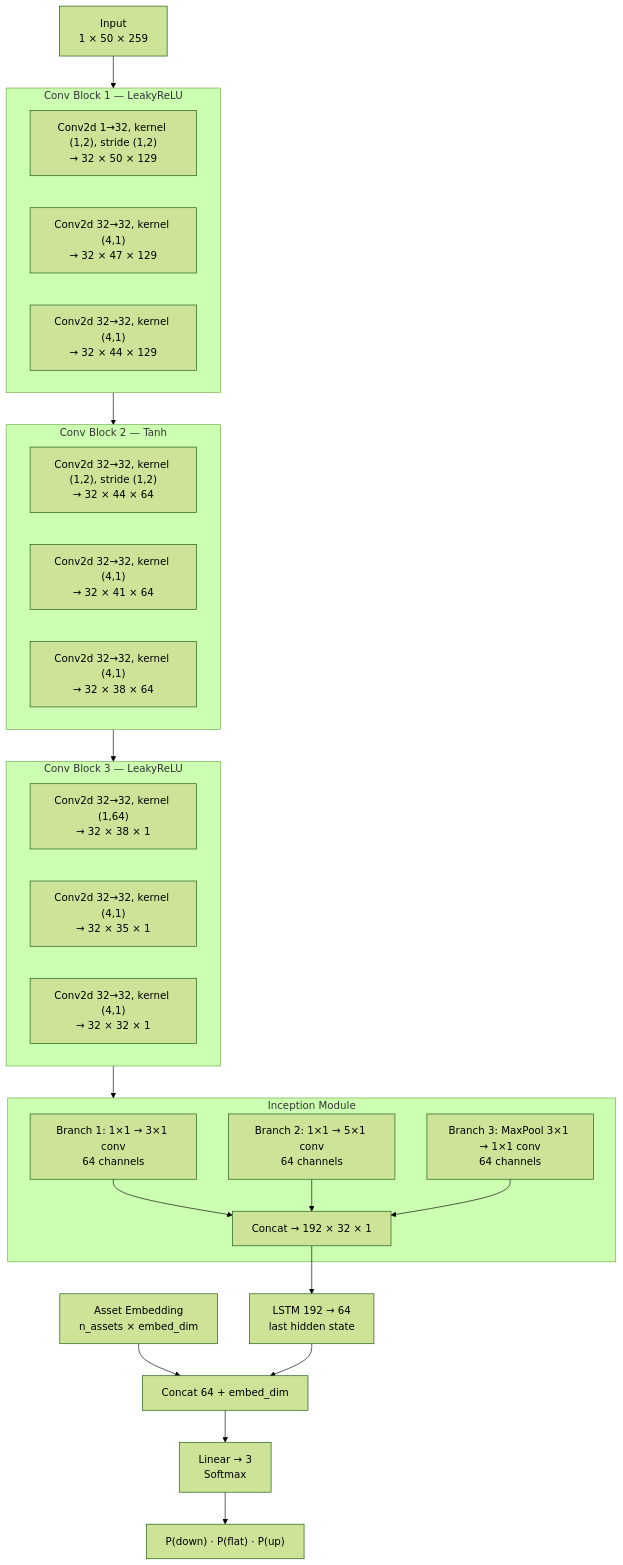
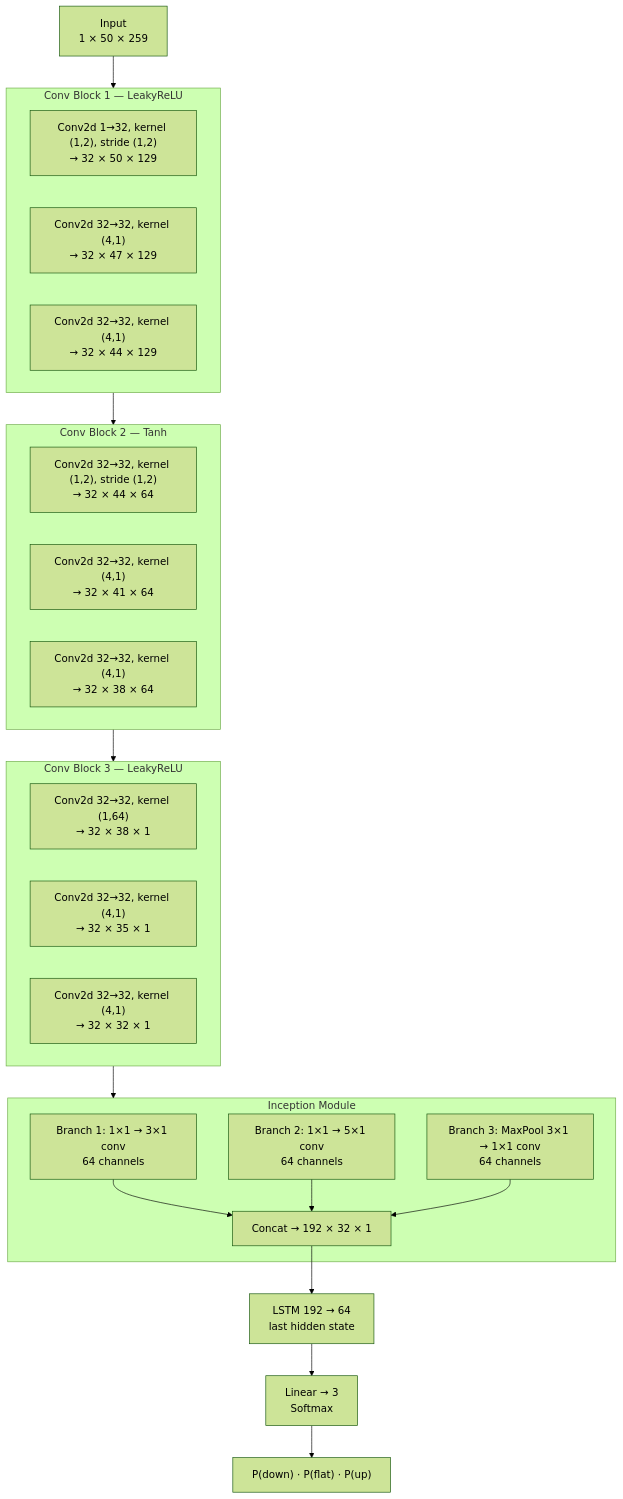
Before and after one commit to ArshiAbolghasemi/Shifu: the third of 6 diagrams in README.md, drawn with Mermaid (forest theme). The commit also changed other lines of this file, not shown here.

Commit message:
updating README file

````diff
--- a/README.md
+++ b/README.md
@@ -142,42 +142,38 @@
 ```mermaid
 flowchart TD
     IN["Input\n1 × 50 × 259"]
 
     subgraph CB1["Conv Block 1 — LeakyReLU"]
         C1A["Conv2d 1→32, kernel (1,2), stride (1,2)\n→ 32 × 50 × 129"]
         C1B["Conv2d 32→32, kernel (4,1)\n→ 32 × 47 × 129"]
         C1C["Conv2d 32→32, kernel (4,1)\n→ 32 × 44 × 129"]
     end
 
     subgraph CB2["Conv Block 2 — Tanh"]
         C2A["Conv2d 32→32, kernel (1,2), stride (1,2)\n→ 32 × 44 × 64"]
         C2B["Conv2d 32→32, kernel (4,1)\n→ 32 × 41 × 64"]
         C2C["Conv2d 32→32, kernel (4,1)\n→ 32 × 38 × 64"]
     end
 
     subgraph CB3["Conv Block 3 — LeakyReLU"]
         C3A["Conv2d 32→32, kernel (1,64)\n→ 32 × 38 × 1"]
         C3B["Conv2d 32→32, kernel (4,1)\n→ 32 × 35 × 1"]
         C3C["Conv2d 32→32, kernel (4,1)\n→ 32 × 32 × 1"]
     end
 
     subgraph INC["Inception Module"]
         I1["Branch 1: 1×1 → 3×1 conv\n64 channels"]
         I2["Branch 2: 1×1 → 5×1 conv\n64 channels"]
         I3["Branch 3: MaxPool 3×1 → 1×1 conv\n64 channels"]
         CAT["Concat → 192 × 32 × 1"]
     end
 
     LSTM["LSTM  192 → 64\nlast hidden state"]
-    EMB["Asset Embedding\nn_assets × embed_dim"]
-    CAT2["Concat  64 + embed_dim"]
     FC["Linear → 3\nSoftmax"]
     OUT["P(down) · P(flat) · P(up)"]
 
     IN --> CB1 --> CB2 --> CB3 --> INC
     I1 & I2 & I3 --> CAT
     CAT --> LSTM
-    EMB --> CAT2
-    LSTM --> CAT2
-    CAT2 --> FC --> OUT
+    LSTM --> FC --> OUT
 ```
````
